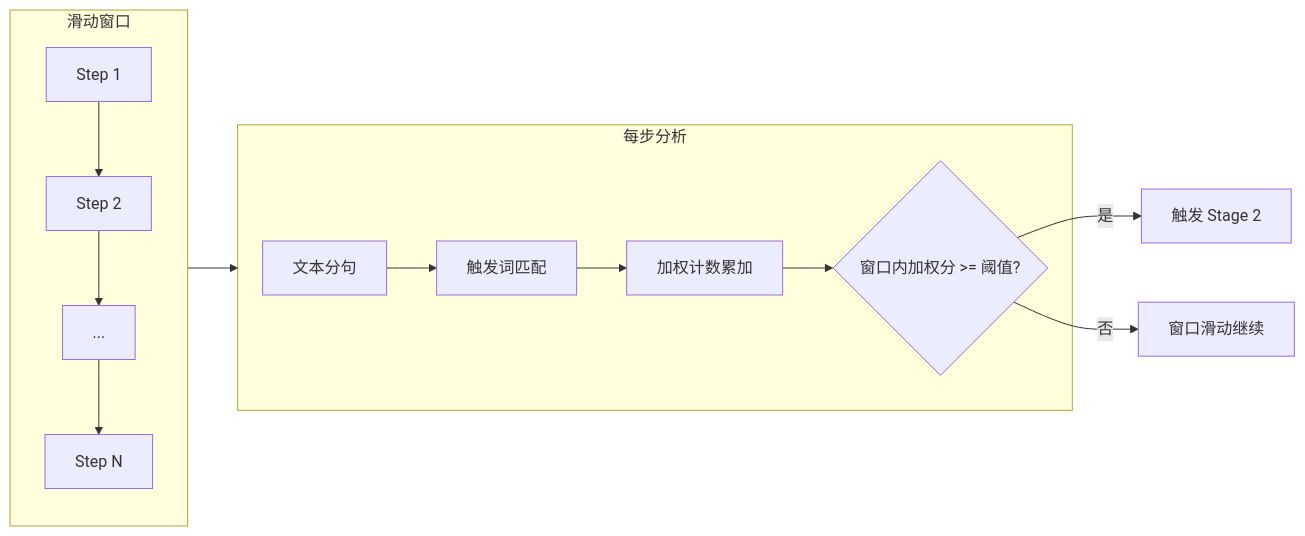
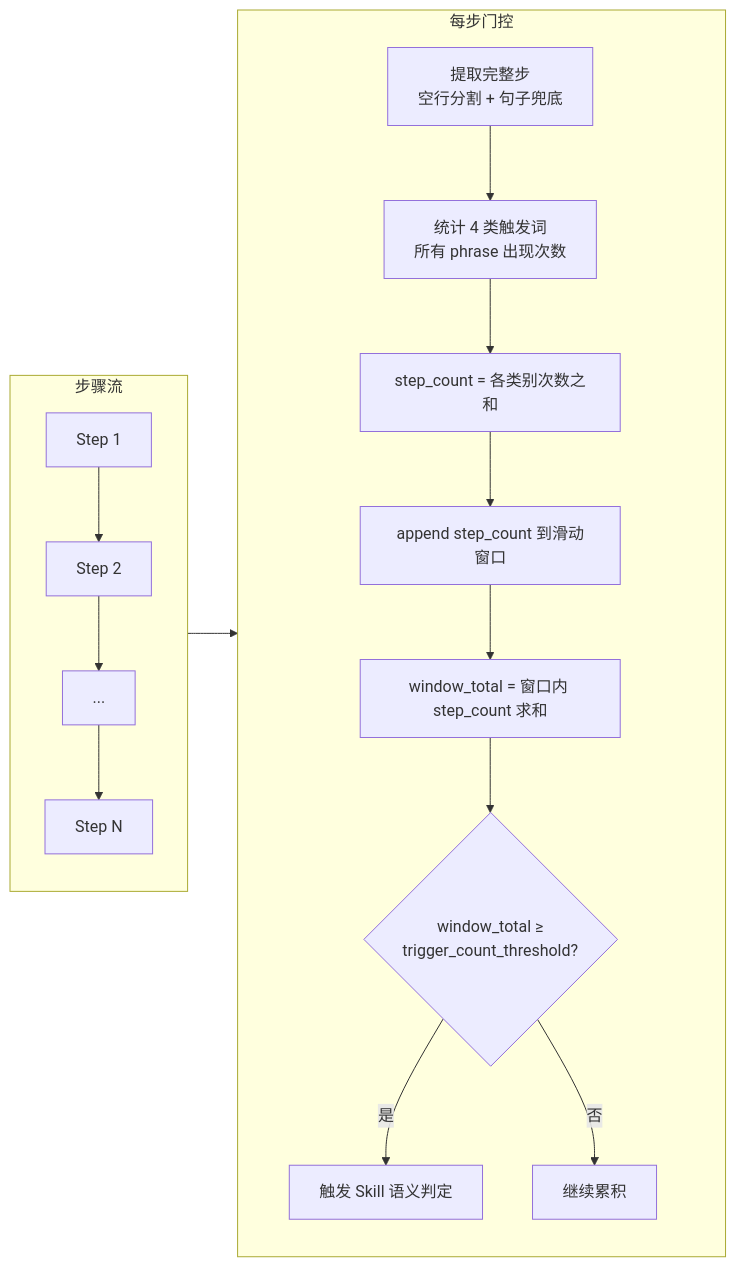
Before and after one commit to openeuler-mirror/agent-insight: the third of 9 diagrams in docs/agent-ras/designs/features/analysis-paralysis.md, drawn with Mermaid. The commit also changed other lines of this file and 9 other files, not shown here.

````diff
--- a/docs/agent-ras/designs/features/analysis-paralysis.md
+++ b/docs/agent-ras/designs/features/analysis-paralysis.md
@@ -158,16 +180,18 @@
 ```mermaid
 flowchart LR
-    subgraph 滑动窗口
+    subgraph 步骤流
         S1[Step 1] --> S2[Step 2] --> S3[...] --> SN[Step N]
     end
-    
-    subgraph 每步分析
-        A[文本分句] --> B[触发词匹配]
-        B --> C[加权计数累加]
-        C --> D{窗口内加权分 >= 阈值?}
+
+    subgraph 每步门控
+        A[提取完整步<br/>空行分割 + 句子兜底] --> B[统计 4 类触发词<br/>所有 phrase 出现次数]
+        B --> C[step_count = 各类别次数之和]
+        C --> D[append step_count 到滑动窗口]
+        D --> E[window_total = 窗口内 step_count 求和]
+        E --> F{window_total ≥<br/>trigger_count_threshold?}
+        F -->|是| G[触发 Skill 语义判定]
+        F -->|否| H[继续累积]
     end
-    
-    滑动窗口 --> 每步分析
-    D -->|是| E[触发 Stage 2]
-    D -->|否| F[窗口滑动继续]
+
+    步骤流 --> 每步门控
 ```
````
